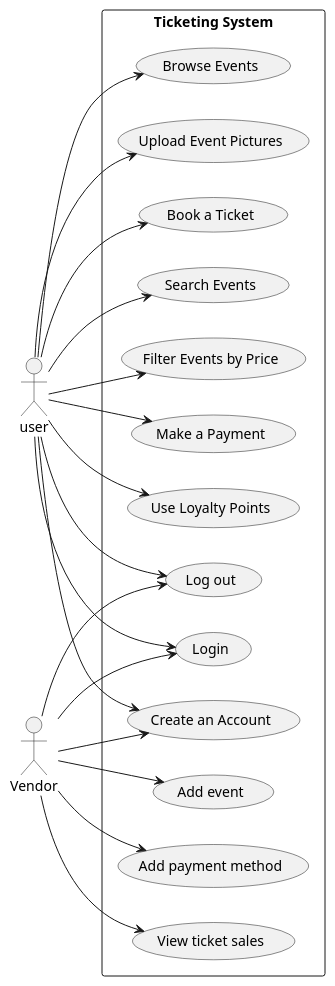
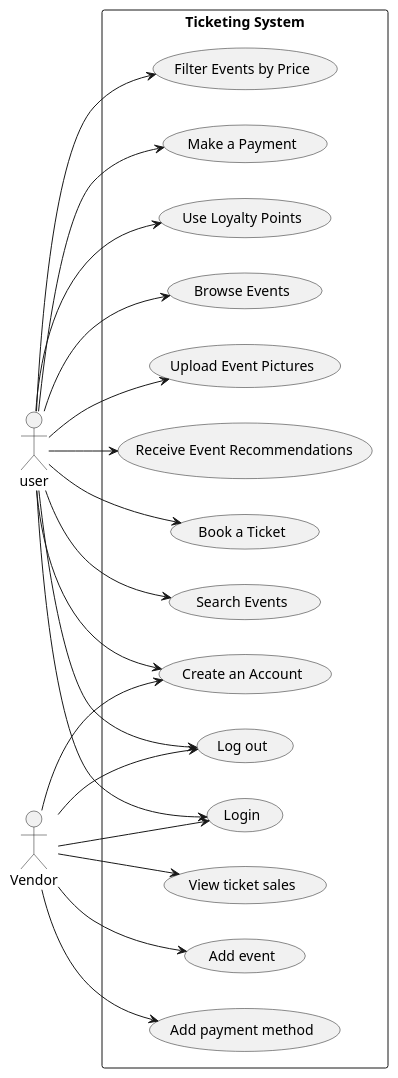
One commit to HabibaMekay/Tixie changed the diagram in Diagrams/UsecaseDiagrams/UsecaseDiagram_All.puml. Above: the diagram before and after it, drawn with PlantUML. The commit also changed 3 other files, not shown here.

Commit message:
added Receive Event Recommendations

```diff
--- a/Diagrams/UsecaseDiagrams/UsecaseDiagram_All.puml
+++ b/Diagrams/UsecaseDiagrams/UsecaseDiagram_All.puml
@@ -1,42 +1,44 @@
 @startuml UsecaseDiagram_All
 left to right direction
 actor user
 actor Vendor
 
 rectangle "Ticketing System"{
     usecase "Book a Ticket" as UC1
     usecase "Search Events" as UC2
     usecase "Filter Events by Price" as UC3
     usecase "Make a Payment" as UC4
     usecase "Login" as UC5
     usecase "Create an Account" as UC6
     usecase "Use Loyalty Points" as UC7
     usecase "Browse Events" as UC9
     usecase "Add event" as UC10
     usecase "Add payment method" as UC11
     usecase "View ticket sales" as UC12
     usecase "Log out" as UC13
     usecase "Upload Event Pictures" as UC14
+    usecase "Receive Event Recommendations" as UC15
 
 
 
 user -->UC1
 user -->UC2
 user -->UC3
 user -->UC4
 user -->UC5
 user -->UC6
 user -->UC7
 user -->UC9
 user -->UC13
 user -->UC14
+user -->UC15
 Vendor --> UC5
 Vendor -->UC6
 Vendor --> UC10
 Vendor --> UC11
 Vendor --> UC12
 Vendor --> UC13
 
 
 }
 @enduml
```
